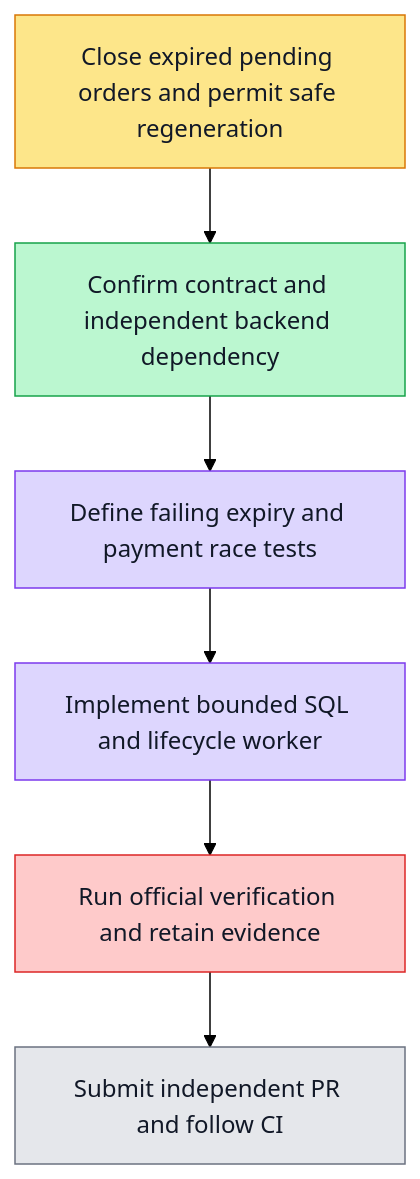
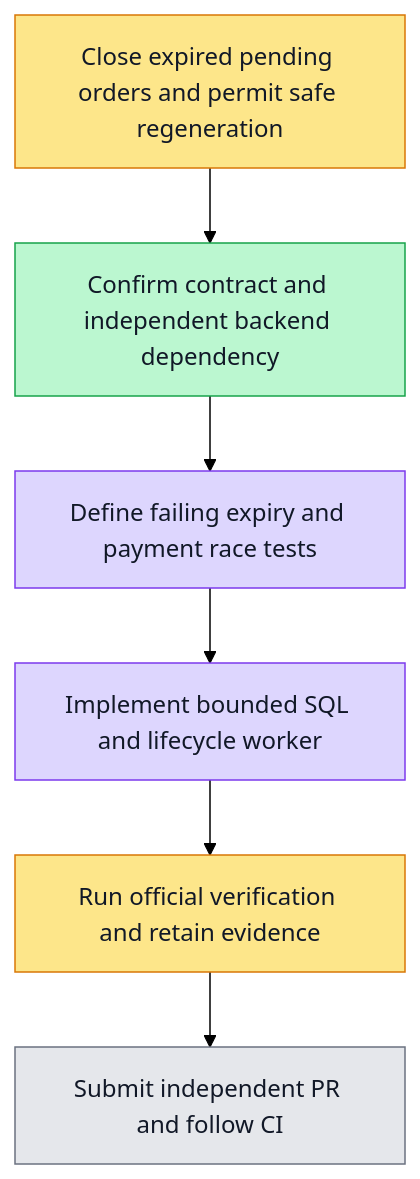
The diagram in phases/phase-21-billing-payment/sprints/sprint-07/plans/F07.plan.md (boardx/workspacex), drawn with Mermaid (forest theme) before and after one commit. The commit also changed 2 other files, not shown here.

Commit message:
docs(billing): track merged callback and diagnostic validation dependency

````diff
--- a/phases/phase-21-billing-payment/sprints/sprint-07/plans/F07.plan.md
+++ b/phases/phase-21-billing-payment/sprints/sprint-07/plans/F07.plan.md
@@ -7,25 +7,25 @@
 ```mermaid
 flowchart TD
   G[Close expired pending orders and permit safe regeneration]
   S1[Confirm contract and independent backend dependency]
   S2[Define failing expiry and payment race tests]
   S3[Implement bounded SQL and lifecycle worker]
   S4[Run official verification and retain evidence]
   S5[Submit independent PR and follow CI]
   G --> S1 --> S2 --> S3 --> S4 --> S5
 
   classDef todo fill:#e5e7eb,stroke:#6b7280,color:#111827
   classDef doing fill:#fde68a,stroke:#d97706,color:#111827
   classDef done fill:#bbf7d0,stroke:#16a34a,color:#111827
   classDef tested fill:#ddd6fe,stroke:#7c3aed,color:#111827
   classDef blocked fill:#fecaca,stroke:#dc2626,color:#111827
   class G doing
   class S1 done
   class S2 tested
   %% evidence S2: evidence/F07.red.log and evidence/F07.first-focused-failed.log
   class S3 tested
   %% evidence S3: evidence/F07.reordered-focused.log - 129 assertions on source69402b4
-  class S4 blocked
-  %% blocked S4: New source0579448 API whiteboard5000-object validator unavailable; remaining tasks cancelled, outer130. See evidence/F07.validator-failed-api.log.
+  class S4 doing
+  %% S4: prior source0579448 failure retained. Fresh source includes internal validator diagnostics from PR5799; exact-source official gate pending.
   class S5 todo
 ```
````
